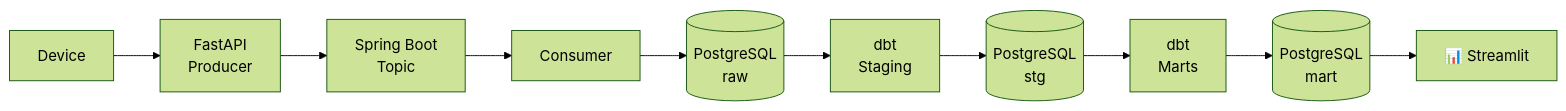
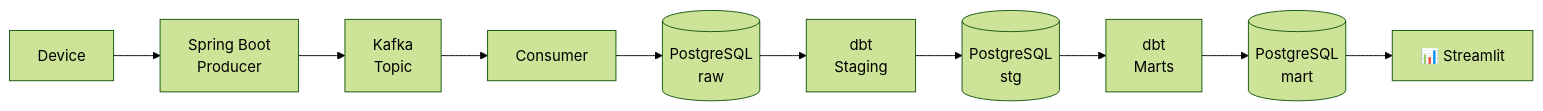
The diagram in README.md (kirkalyn13/service-metrics-service), drawn with Mermaid (forest theme) before and after one commit.

Commit message:
docs: fix kafka flow

````diff
--- a/README.md
+++ b/README.md
@@ -24,12 +24,12 @@
 ```mermaid
 flowchart LR
-    A[Device] --> B[FastAPI\nProducer]
-    B --> C[Spring Boot\nTopic]
+    A[Device] --> B[Spring Boot\nProducer]
+    B --> C[Kafka\nTopic]
     C --> D[Consumer]
     D --> E[(PostgreSQL\nraw)]
     E --> F[dbt\nStaging]
     F --> G[(PostgreSQL\nstg)]
     G --> H[dbt\nMarts]
     H --> I[(PostgreSQL\nmart)]
     I --> J[📊 Streamlit]
 ```
````
